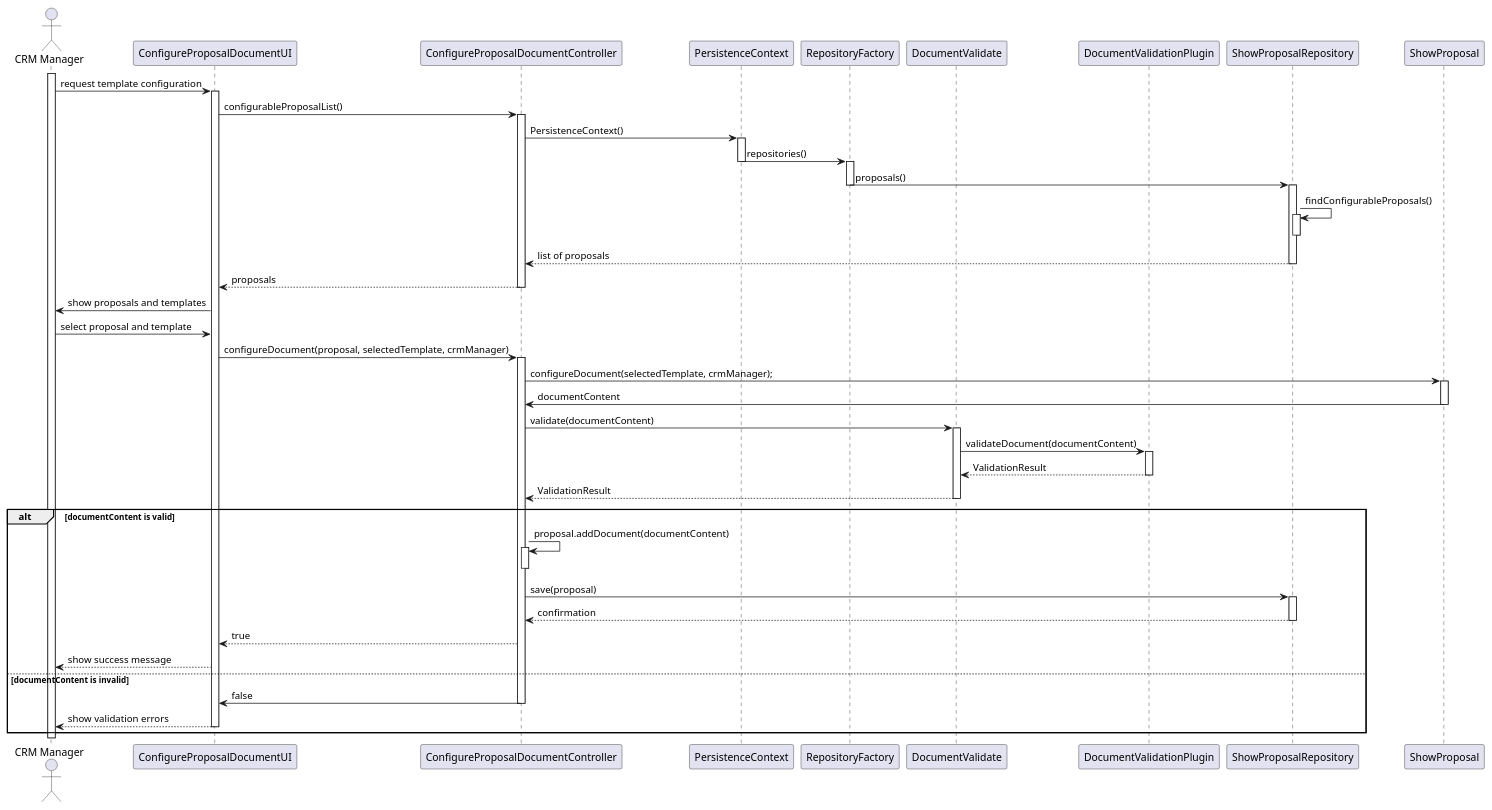
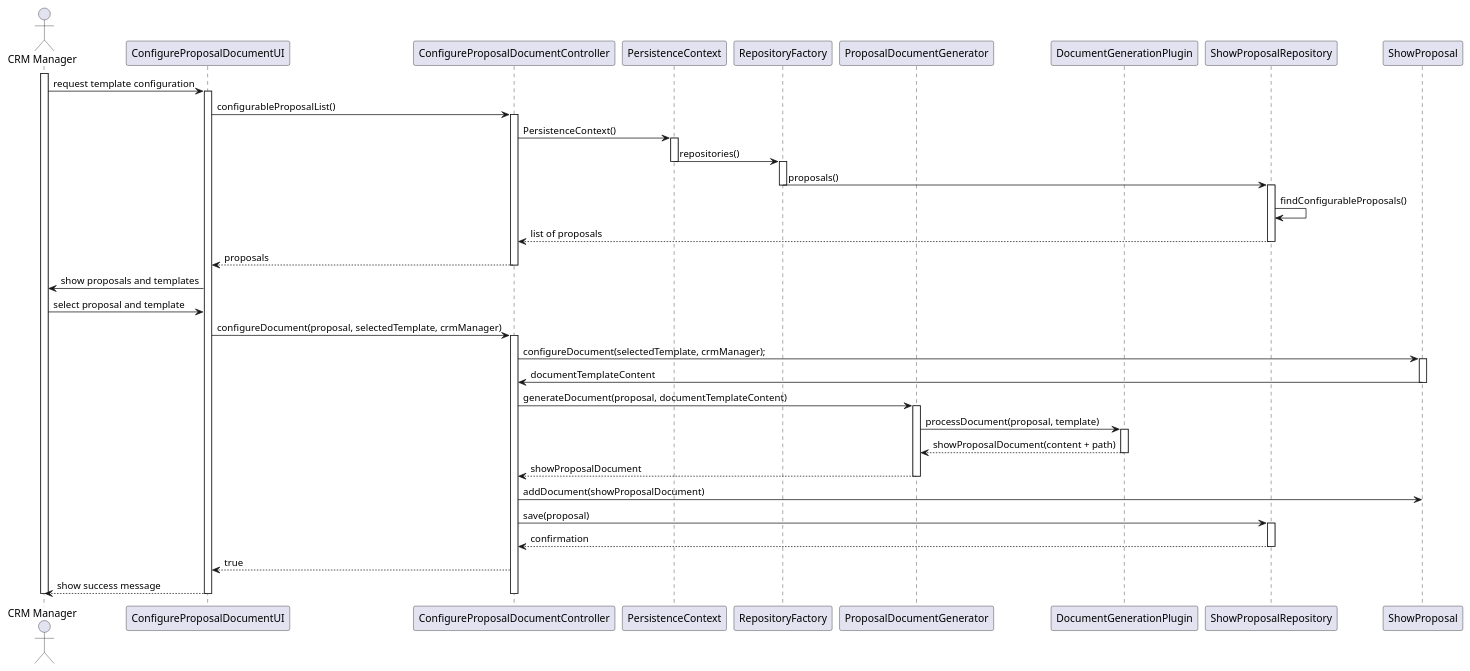
The diagram in docs/SPRINT_3/US318/puml/sequence_diagram_us318.puml (diogoveirospro/sem4pi-2024-2025-sem4pi_2024_2025_g44), drawn with PlantUML before and after one commit. The commit also changed 14 other files, not shown here.

```diff
--- a/docs/SPRINT_3/US318/puml/sequence_diagram_us318.puml
+++ b/docs/SPRINT_3/US318/puml/sequence_diagram_us318.puml
@@ -1,88 +1,76 @@
 @startuml
 actor "CRM Manager" as User
 participant "ConfigureProposalDocumentUI" as UI
 participant "ConfigureProposalDocumentController" as Controller
 participant "PersistenceContext" as Persistence
 participant "RepositoryFactory" as Factory
-participant "DocumentValidate" as Validator
-participant "DocumentValidationPlugin" as Plugin
+participant "ProposalDocumentGenerator" as Generator
+participant "DocumentGenerationPlugin" as Plugin
 participant "ShowProposalRepository" as Repo
 participant "ShowProposal" as Proposal
 
 activate User
 
 User -> UI : request template configuration
 activate UI
 
 UI -> Controller : configurableProposalList()
 activate Controller
 
 Controller -> Persistence : PersistenceContext()
 activate Persistence
 
 Persistence -> Factory : repositories()
 deactivate Persistence
 
 activate Factory
 Factory -> Repo : proposals()
 deactivate Factory
 
 activate Repo
 Repo -> Repo : findConfigurableProposals()
-activate Repo
-deactivate Repo
 
 Repo --> Controller : list of proposals
 deactivate Repo
 
 Controller --> UI : proposals
 deactivate Controller
 
 UI -> User : show proposals and templates
 User -> UI : select proposal and template
 UI -> Controller: configureDocument(proposal, selectedTemplate, crmManager)
 
 activate Controller
 
 Controller -> Proposal: configureDocument(selectedTemplate, crmManager);
 activate Proposal
 
-Proposal -> Controller : documentContent
+Proposal -> Controller : documentTemplateContent
 deactivate Proposal
 
-Controller -> Validator : validate(documentContent)
+Controller -> Generator : generateDocument(proposal, documentTemplateContent)
 
-activate Validator
-Validator -> Plugin : validateDocument(documentContent)
+activate Generator
+Generator -> Plugin : processDocument(proposal, template)
 
 activate Plugin
-Plugin --> Validator : ValidationResult
+Plugin --> Generator : showProposalDocument(content + path)
 deactivate Plugin
 
-Validator --> Controller : ValidationResult
-deactivate Validator
+Generator --> Controller : showProposalDocument
+deactivate Generator
 
-alt documentContent is valid
-    Controller -> Controller : proposal.addDocument(documentContent)
-    activate Controller
-    deactivate Controller
+Controller -> Proposal : addDocument(showProposalDocument)
 
+Controller -> Repo : save(proposal)
+activate Repo
+Repo --> Controller : confirmation
+deactivate Repo
 
-    Controller -> Repo : save(proposal)
-    activate Repo
-    Repo --> Controller : confirmation
-    deactivate Repo
+Controller --> UI : true
+UI --> User : show success message
 
-    Controller --> UI : true
-    UI --> User : show success message
-
-else documentContent is invalid
-    Controller -> UI : false
-    deactivate Controller
-
-    UI --> User : show validation errors
-    deactivate UI
-end
-
+deactivate Controller
+deactivate UI
 deactivate User
 @enduml
```
